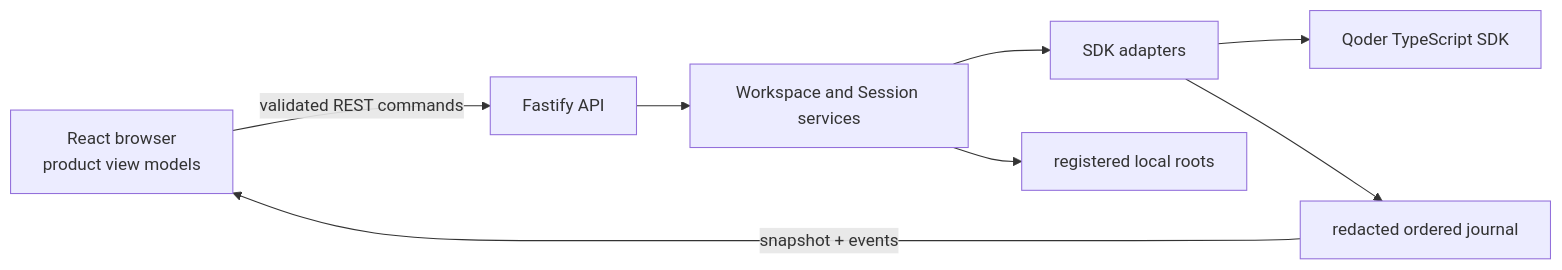
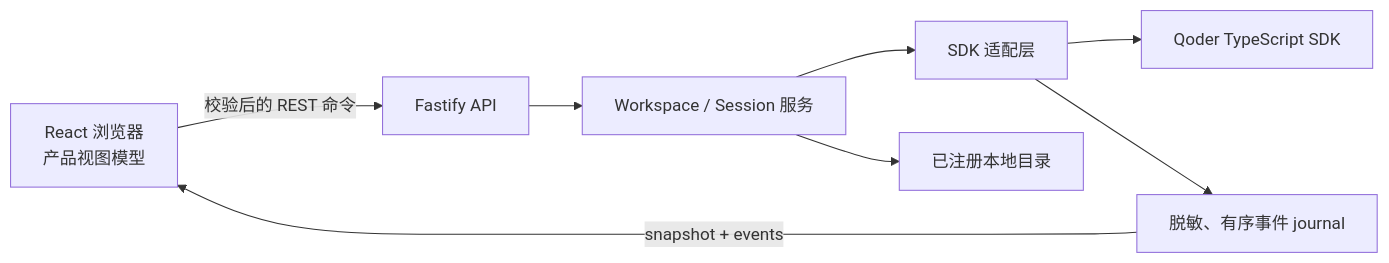
One commit to QoderAI/qoder-agent-sdk-samples changed the diagram in typescript/web-ui-showcase/README.md. Above: the diagram before and after it, drawn with Mermaid. The commit also changed other lines of this file and 67 other files, not shown here.

````diff
--- a/typescript/web-ui-showcase/README.md
+++ b/typescript/web-ui-showcase/README.md
@@ -70,10 +99,10 @@
 ```mermaid
 flowchart LR
-  Browser["React browser\nproduct view models"] -->|validated REST commands| API["Fastify API"]
-  API --> Services["Workspace and Session services"]
-  Services --> Adapters["SDK adapters"]
+  Browser["React 浏览器\n产品视图模型"] -->|校验后的 REST 命令| API["Fastify API"]
+  API --> Services["Workspace / Session 服务"]
+  Services --> Adapters["SDK 适配层"]
   Adapters --> SDK["Qoder TypeScript SDK"]
-  Adapters --> Journal["redacted ordered journal"]
+  Adapters --> Journal["脱敏、有序事件 journal"]
   Journal -->|snapshot + events| Browser
-  Services --> Files["registered local roots"]
+  Services --> Files["已注册本地目录"]
 ```
````
